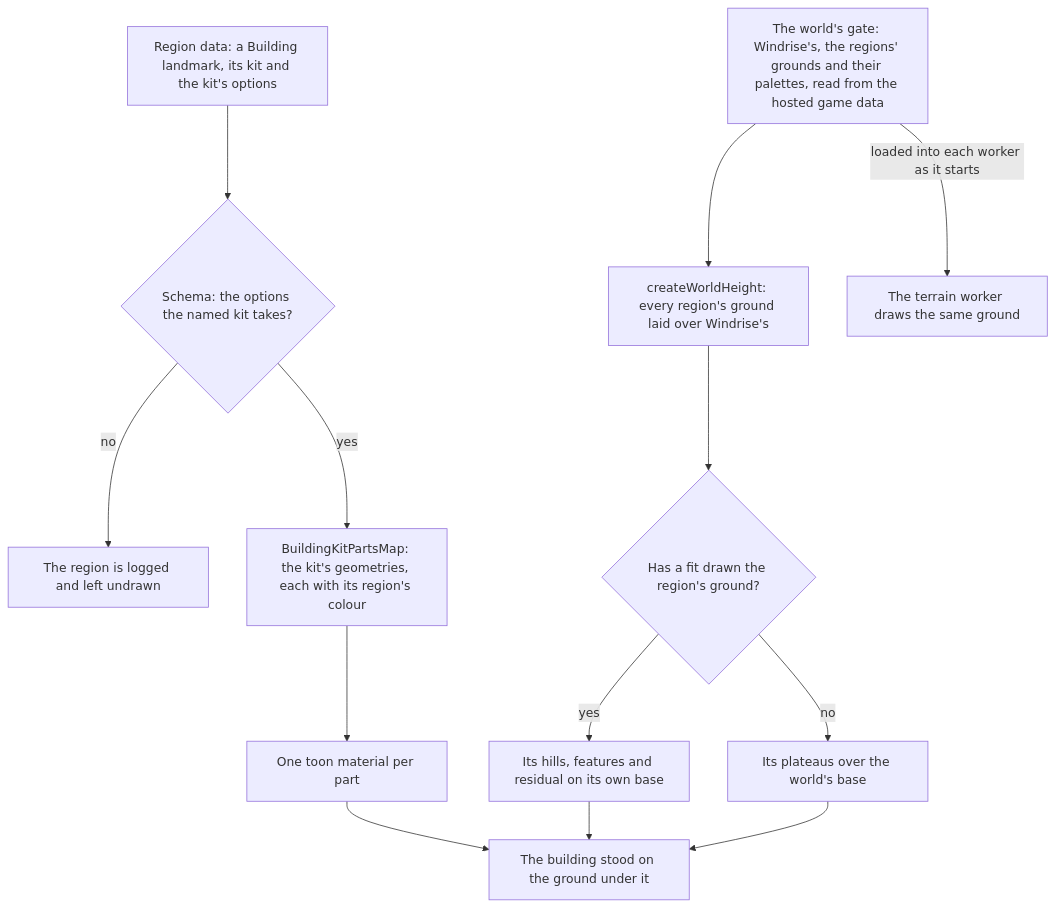
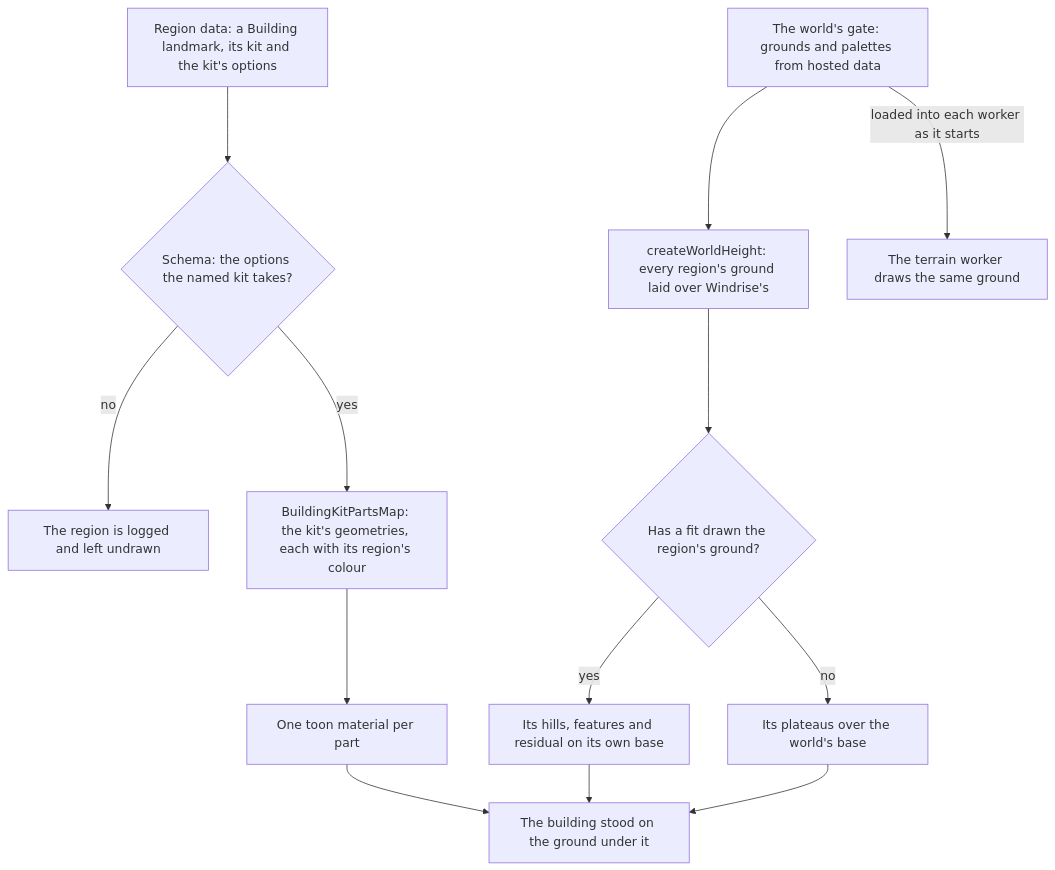
Before and after one commit to Esposter/Esposter: the diagram in apps/web/content/docs/genshin/region-buildings.md, drawn with Mermaid.

Commit message:
docs(genshin): the region buildings diagram's gate label fits the label cap
Claude-Session: https://claude.ai/code/session_01DHcujXoZm1h6YUN6jPX5DQ

````diff
--- a/apps/web/content/docs/genshin/region-buildings.md
+++ b/apps/web/content/docs/genshin/region-buildings.md
@@ -12,15 +12,15 @@
 ```mermaid
 flowchart TD
   RD["Region data: a Building landmark, its kit and the kit's options"] --> SC{"Schema: the options the named kit takes?"}
   SC -->|no| ERR[The region is logged and left undrawn]
   SC -->|yes| MAP["BuildingKitPartsMap: the kit's geometries, each with its region's colour"]
   MAP --> MAT[One toon material per part]
-  GD["The world's gate: Windrise's, the regions' grounds and their palettes, read from the hosted game data"] --> G
+  GD["The world's gate: grounds and palettes from hosted data"] --> G
   G["createWorldHeight: every region's ground laid over Windrise's"] --> F{"Has a fit drawn the region's ground?"}
   F -->|"yes"| FH["Its hills, features and residual on its own base"]
   F -->|"no"| PL["Its plateaus over the world's base"]
   FH --> POS[The building stood on the ground under it]
   PL --> POS
   MAT --> POS
   GD -->|"loaded into each worker as it starts"| WK[The terrain worker draws the same ground]
 ```
````
